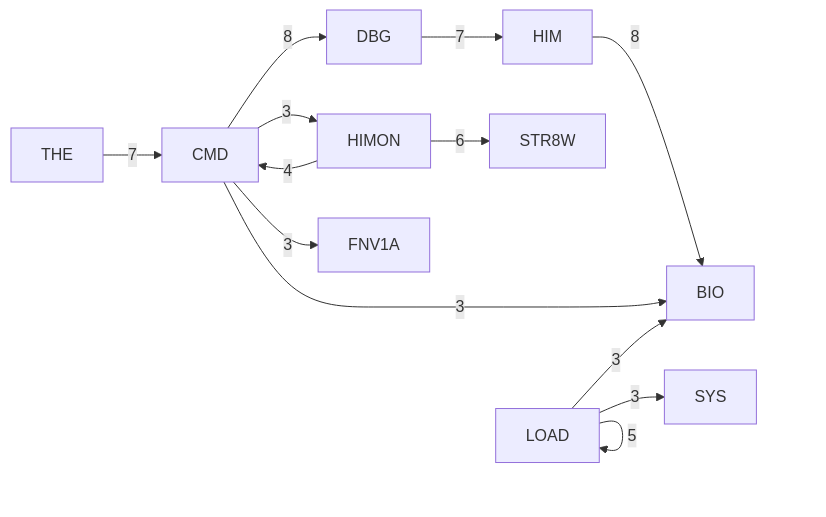
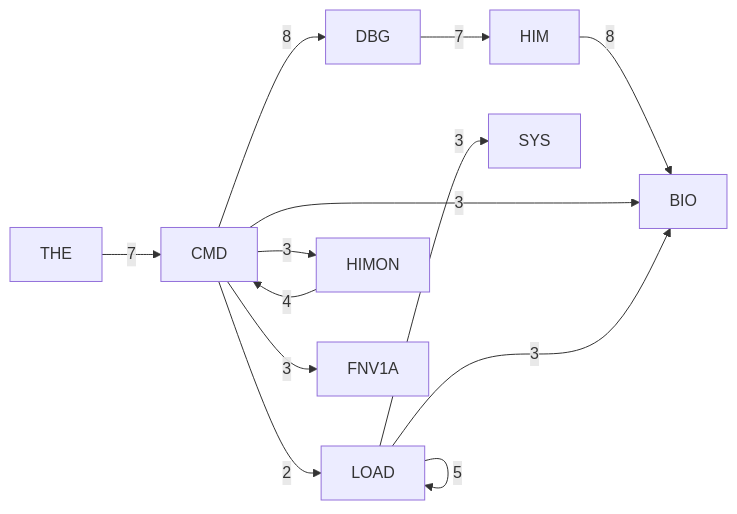
Before and after one commit to 95westus/R-YORS: the third of 6 diagrams in DOC/GENERATED/ROUTINE_CLASS_DIAGRAM.md, drawn with Mermaid. The commit also changed other lines of this file and 40 other files, not shown here.

````diff
--- a/DOC/GENERATED/ROUTINE_CLASS_DIAGRAM.md
+++ b/DOC/GENERATED/ROUTINE_CLASS_DIAGRAM.md
@@ -44,15 +44,15 @@
 ```mermaid
 flowchart LR
     P_CMD[CMD] -->|8| P_DBG[DBG]
     P_HIM[HIM] -->|8| P_BIO[BIO]
     P_DBG[DBG] -->|7| P_HIM[HIM]
     P_THE[THE] -->|7| P_CMD[CMD]
-    P_HIMON[HIMON] -->|6| P_STR8W[STR8W]
     P_LOAD[LOAD] -->|5| P_LOAD[LOAD]
     P_HIMON[HIMON] -->|4| P_CMD[CMD]
     P_CMD[CMD] -->|3| P_BIO[BIO]
     P_CMD[CMD] -->|3| P_FNV1A[FNV1A]
     P_CMD[CMD] -->|3| P_HIMON[HIMON]
     P_LOAD[LOAD] -->|3| P_BIO[BIO]
     P_LOAD[LOAD] -->|3| P_SYS[SYS]
+    P_CMD[CMD] -->|2| P_LOAD[LOAD]
 ```
````
